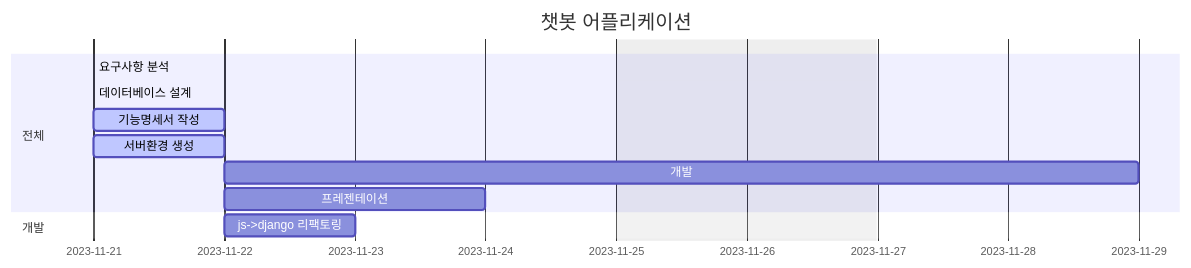
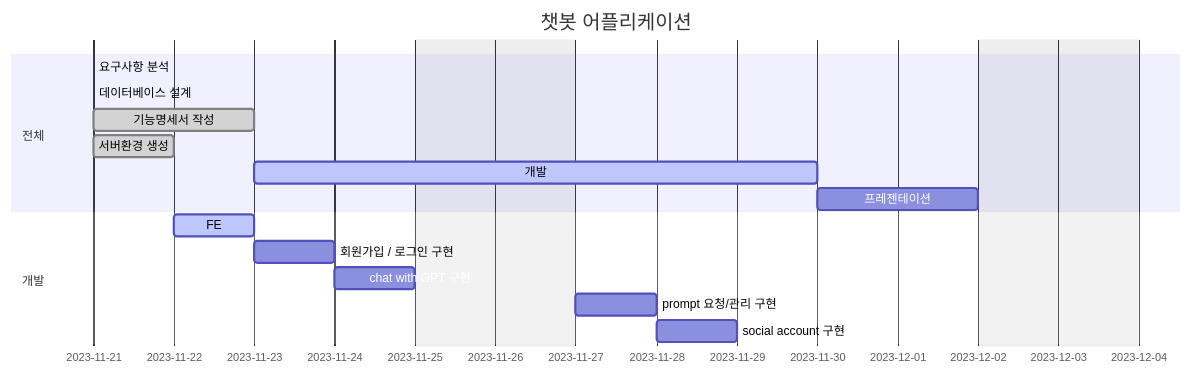
One commit to jmp7911/mid2_django_drf changed the first of 2 diagrams in readme.md. Above: the diagram before and after it, drawn with Mermaid. The commit also changed other lines of this file and 1 other file, not shown here.

````diff
--- a/readme.md
+++ b/readme.md
@@ -47,20 +47,24 @@
 ```mermaid
 gantt
     dateFormat  YYYY-MM-DD
     title       챗봇 어플리케이션
     excludes    weekends
     %% (`excludes` accepts specific dates in YYYY-MM-DD format, days of the week ("sunday") or "weekends", but not the word "weekdays".)
 
     section  전체
     요구사항 분석            :done,    des1, 2023-11-21, 0d
-    데이터베이스 설계         :done,  des2, 2023-11-21, 0d
-    기능명세서 작성         :active,  des2, 2023-11-21, 1d
-    서버환경 생성         :active,  des3, 2023-11-21, 1d
-    개발                   : des4, after des2, 5d
-    프레젠테이션             :des5, after des3, 2d
+    데이터베이스 설계         :done,  des, 2023-11-21, 0d
+    기능명세서 작성         :done,  des2, 2023-11-21, 2d
+    서버환경 생성         :done,  des3, 2023-11-21, 1d
+    개발                   :active, des4, after des2, 5d
+    프레젠테이션             :des5, after des4, 2d
 
     section  개발
-    js->django 리팩토링           :    dev1, after des3, 1d
+    FE            : active,   dev1, after des3, 1d
+    회원가입 / 로그인 구현 :   dev2, after dev1, 1d
+    chat with GPT 구현 :   dev3, after dev2, 1d
+    prompt 요청/관리 구현 :   dev4, after dev3, 1d 
+    social account 구현 :   dev5, after dev4, 1d 
     
     
 ```
````
